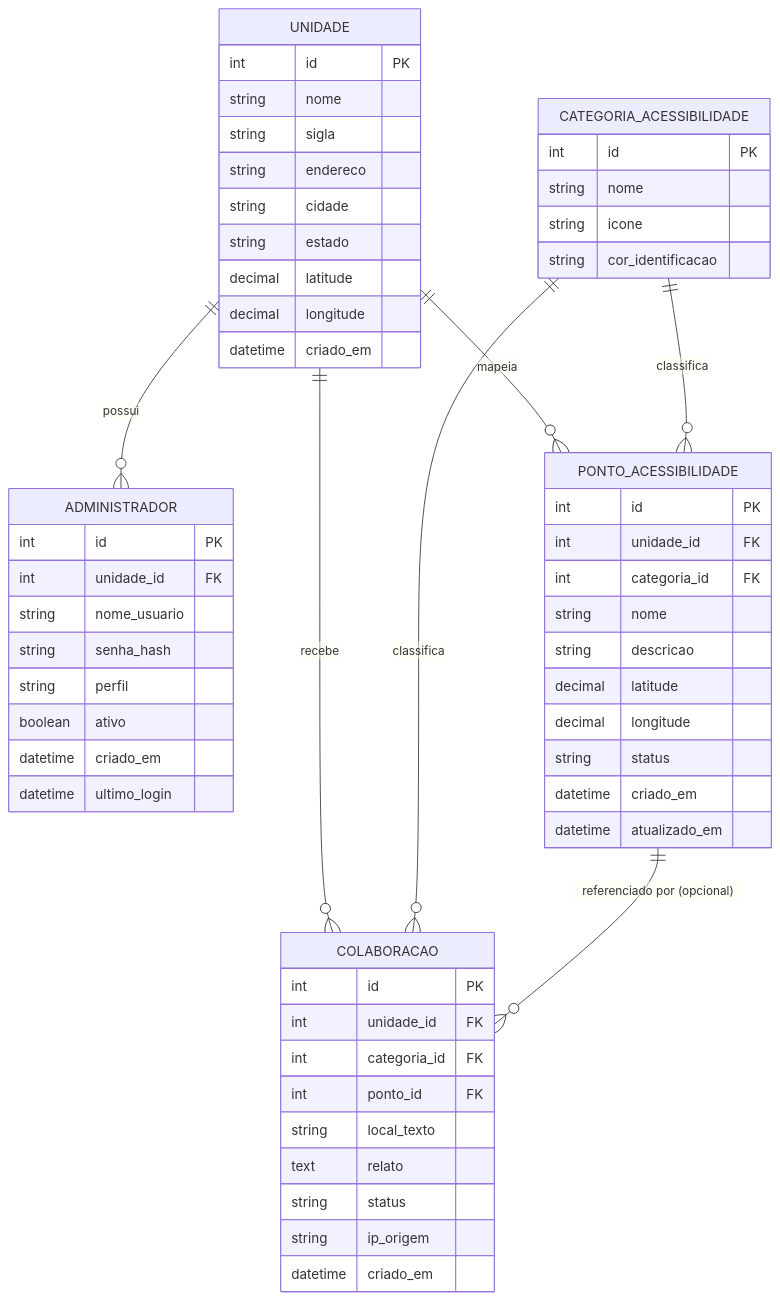
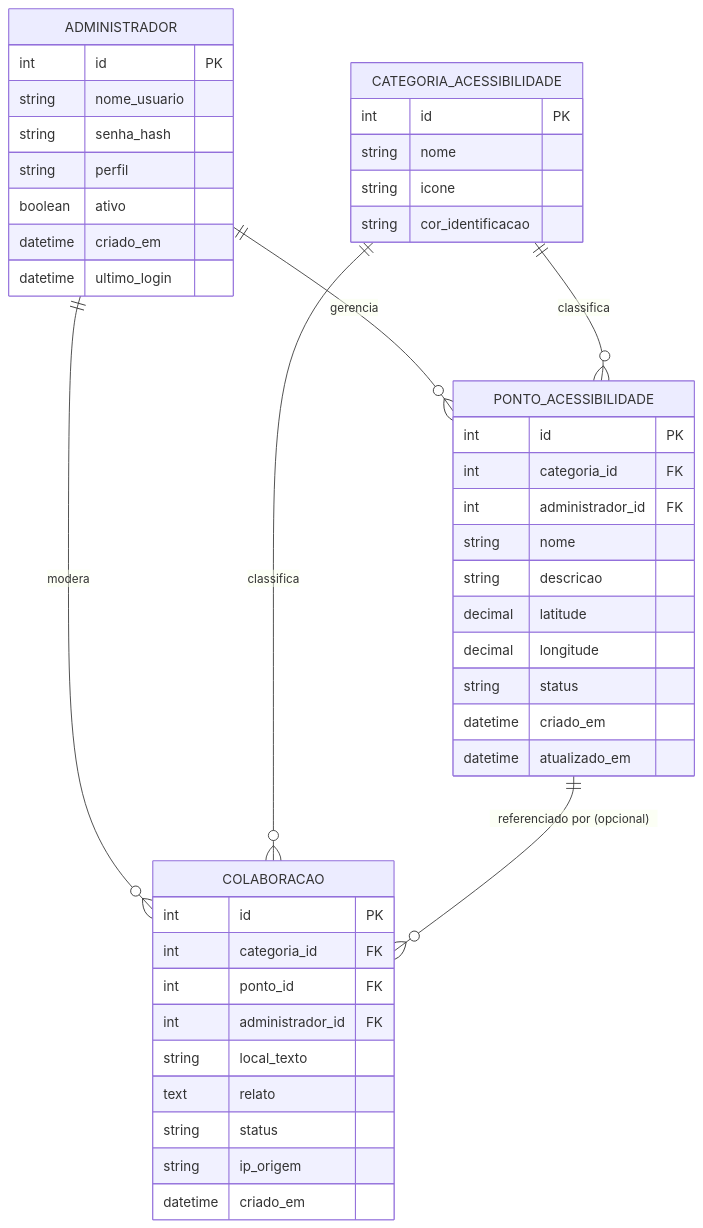
One commit to m4halic3/accessmap-ifsp changed the first of 2 diagrams in README.md. Above: the diagram before and after it, drawn with Mermaid. The commit also changed other lines of this file, not shown here.

````diff
--- a/README.md
+++ b/README.md
@@ -151,64 +81,50 @@
 ```mermaid
 erDiagram
-    UNIDADE ||--o{ ADMINISTRADOR : possui
-    UNIDADE ||--o{ PONTO_ACESSIBILIDADE : mapeia
-    UNIDADE ||--o{ COLABORACAO : recebe
+    ADMINISTRADOR ||--o{ PONTO_ACESSIBILIDADE : gerencia
+    ADMINISTRADOR ||--o{ COLABORACAO : modera
     CATEGORIA_ACESSIBILIDADE ||--o{ PONTO_ACESSIBILIDADE : classifica
     CATEGORIA_ACESSIBILIDADE ||--o{ COLABORACAO : classifica
     PONTO_ACESSIBILIDADE ||--o{ COLABORACAO : "referenciado por (opcional)"
 
-    UNIDADE {
-        int id PK
-        string nome
-        string sigla
-        string endereco
-        string cidade
-        string estado
-        decimal latitude
-        decimal longitude
-        datetime criado_em
-    }
-
     ADMINISTRADOR {
         int id PK
-        int unidade_id FK
         string nome_usuario
         string senha_hash
         string perfil
         boolean ativo
         datetime criado_em
         datetime ultimo_login
     }
 
     CATEGORIA_ACESSIBILIDADE {
         int id PK
         string nome
         string icone
         string cor_identificacao
     }
 
     PONTO_ACESSIBILIDADE {
         int id PK
-        int unidade_id FK
         int categoria_id FK
+        int administrador_id FK
         string nome
         string descricao
         decimal latitude
         decimal longitude
         string status
         datetime criado_em
         datetime atualizado_em
     }
 
     COLABORACAO {
         int id PK
-        int unidade_id FK
         int categoria_id FK
         int ponto_id FK
+        int administrador_id FK
         string local_texto
         text relato
         string status
         string ip_origem
         datetime criado_em
     }
 ```
````
